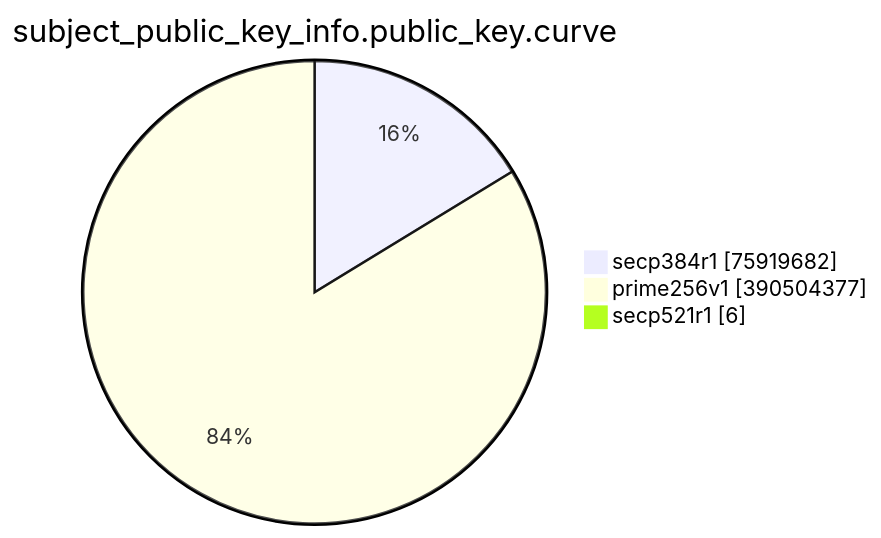
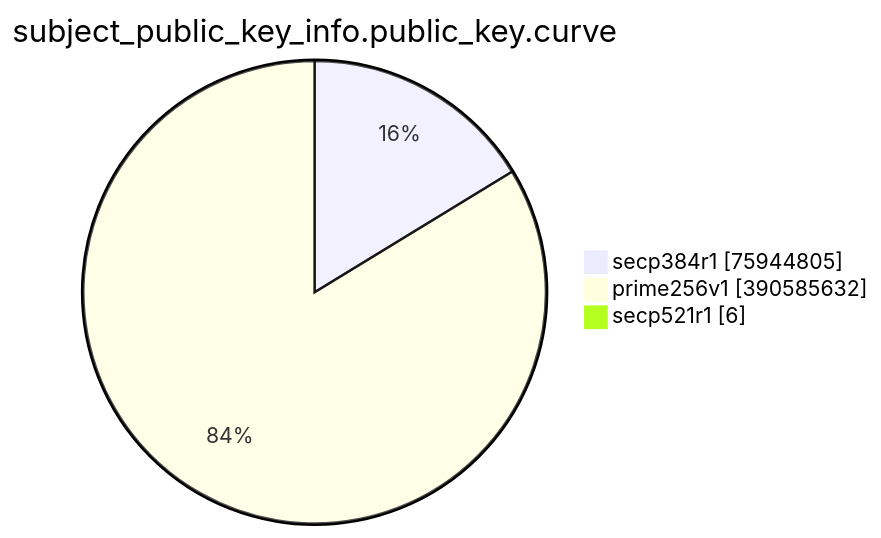
Before and after one commit to christiankrug/ctmonitor_visualization: the eighth of 15 diagrams in TOTAL/README.md, drawn with Mermaid. The commit also changed other lines of this file, not shown here.

````diff
--- a/TOTAL/README.md
+++ b/TOTAL/README.md
@@ -3094,7 +3094,7 @@
 ```mermaid
 pie showData
 title subject_public_key_info.public_key.curve
-"secp384r1" :75919682
-"prime256v1" :390504377
+"secp384r1" :75944805
+"prime256v1" :390585632
 "secp521r1" :6
 ```
````
